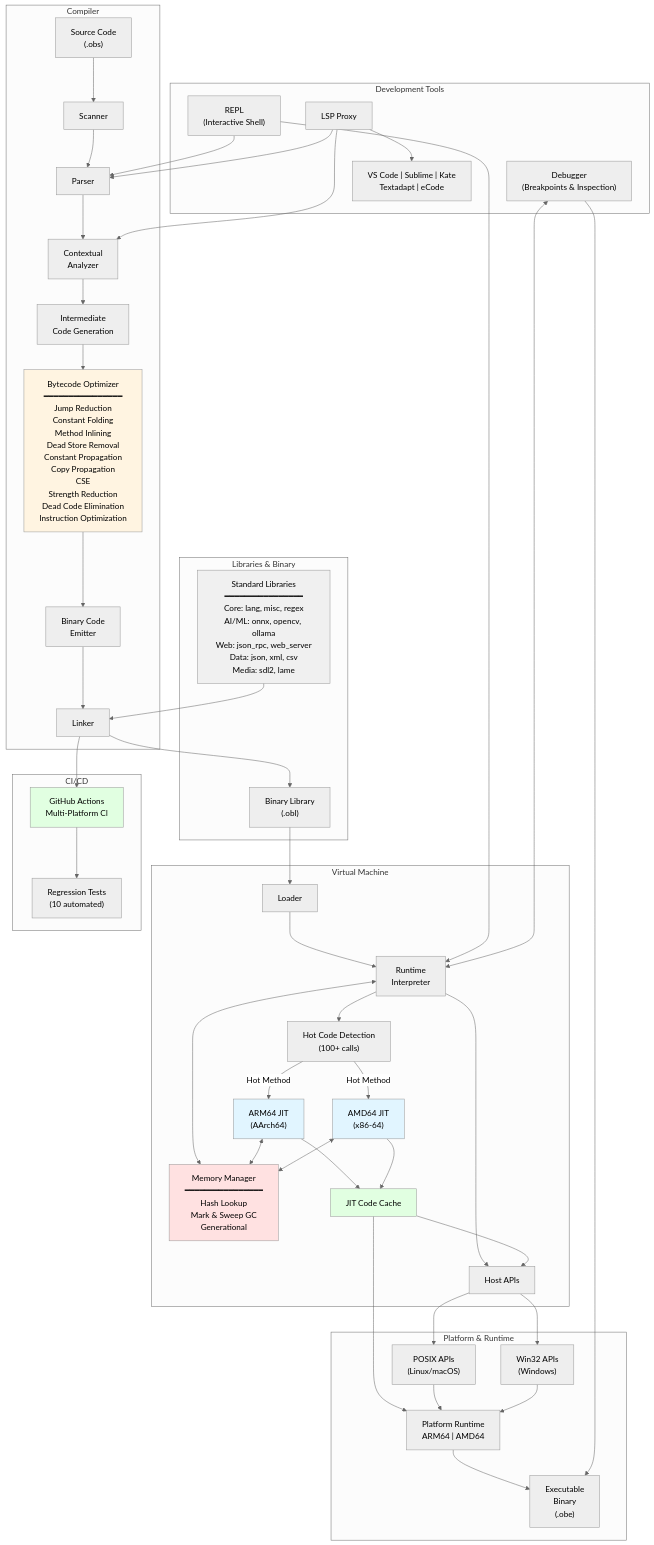
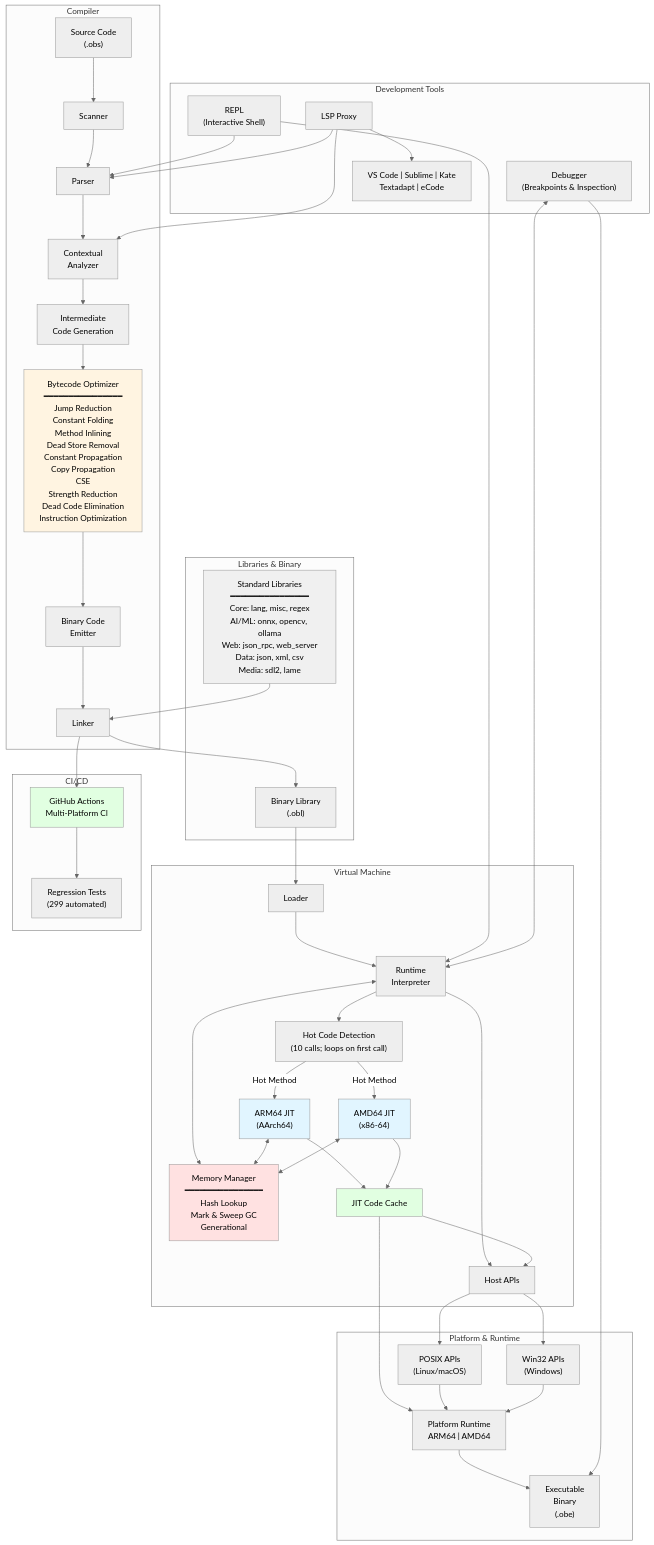
Before and after one commit to objeck/objeck-lang: the diagram in core/readme.md, drawn with Mermaid (neutral theme). The commit also changed other lines of this file and 8 other files, not shown here.

First line of the commit message:
docs: refresh architecture, JIT and index docs

```diff
--- a/core/readme.md
+++ b/core/readme.md
@@ -45,7 +45,7 @@
     subgraph "Virtual Machine"
         Loader["Loader"]
         Interpreter["Runtime<br/>Interpreter"]
-        HotCode["Hot Code Detection<br/>(100+ calls)"]
+        HotCode["Hot Code Detection<br/>(10 calls; loops on first call)"]
         JIT_ARM["ARM64 JIT<br/>(AArch64)"]
         JIT_AMD["AMD64 JIT<br/>(x86-64)"]
         MemMgr["Memory Manager<br/>━━━━━━━━━━━━━━━━<br/>Hash Lookup<br/>Mark & Sweep GC<br/>Generational"]
@@ -62,7 +62,7 @@
 
     subgraph "CI/CD"
         GHA["GitHub Actions<br/>Multi-Platform CI"]
-        Tests["Regression Tests<br/>(10 automated)"]
+        Tests["Regression Tests<br/>(299 automated)"]
     end
 
     %% Compiler Flow
```
